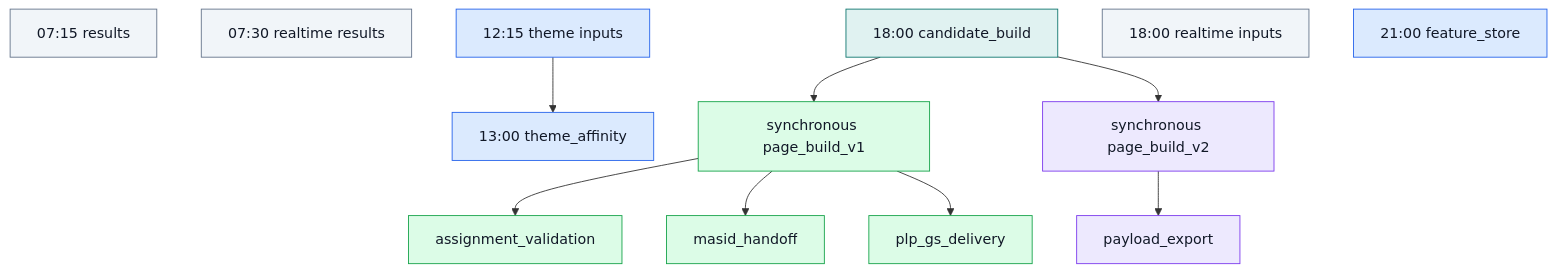
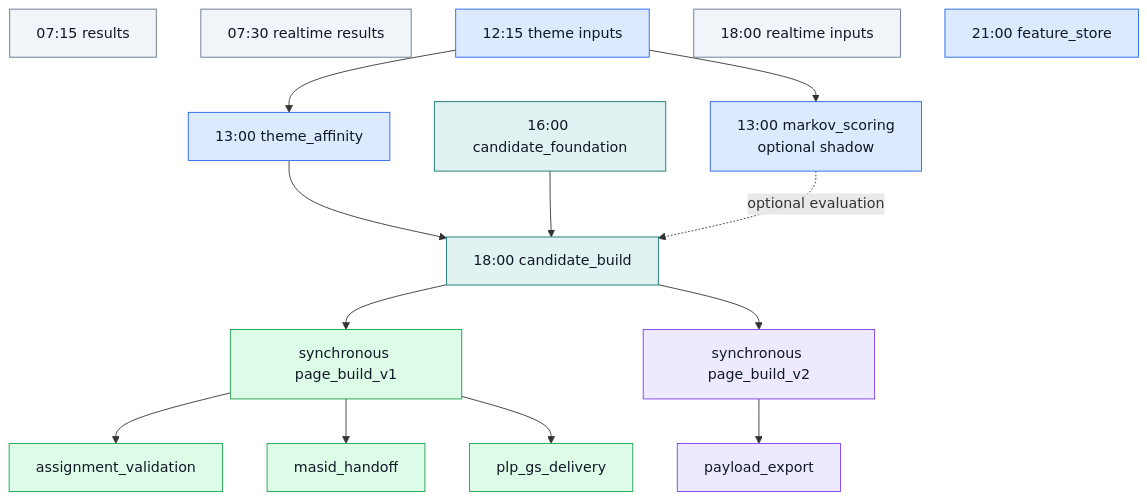
One commit to swblain-glyndwr/personal_project changed the second of 8 diagrams in docs/CICD/nextads_databricks_runtime_map.md. Above: the diagram before and after it, drawn with Mermaid. The commit also changed other lines of this file, not shown here.

Commit message:
Document modular atomic runtime flow

````diff
--- a/docs/CICD/nextads_databricks_runtime_map.md
+++ b/docs/CICD/nextads_databricks_runtime_map.md
@@ -19,30 +172,36 @@
 ```mermaid
 flowchart TD
   classDef sharedModel fill:#dbeafe,stroke:#2563eb,color:#111827
   classDef sharedTask fill:#e0f2f1,stroke:#0f766e,color:#111827
   classDef v1 fill:#dcfce7,stroke:#16a34a,color:#111827
   classDef v2 fill:#ede9fe,stroke:#7c3aed,color:#111827
   classDef reporting fill:#f1f5f9,stroke:#64748b,color:#111827
 
   results["07:15 results"]:::reporting
   realtime_results["07:30 realtime results"]:::reporting
   theme_inputs["12:15 theme inputs"]:::sharedModel
   theme_affinity["13:00 theme_affinity"]:::sharedModel
+  markov["13:00 markov_scoring<br/>optional shadow"]:::sharedModel
+  candidate_foundation["16:00 candidate_foundation"]:::sharedTask
   candidate["18:00 candidate_build"]:::sharedTask
   realtime_inputs["18:00 realtime inputs"]:::reporting
   page_build["synchronous page_build_v1"]:::v1
   page_build_v2["synchronous page_build_v2"]:::v2
   qa["assignment_validation"]:::v1
   masid["masid_handoff"]:::v1
   payload["payload_export"]:::v2
   plp["plp_gs_delivery"]:::v1
   feature_store["21:00 feature_store"]:::sharedModel
 
   theme_inputs --> theme_affinity
+  theme_inputs --> markov
+  theme_affinity --> candidate
+  candidate_foundation --> candidate
+  markov -. optional evaluation .-> candidate
   candidate --> page_build
   candidate --> page_build_v2
   page_build --> qa
   page_build --> masid
   page_build --> plp
   page_build_v2 --> payload
 ```
````
